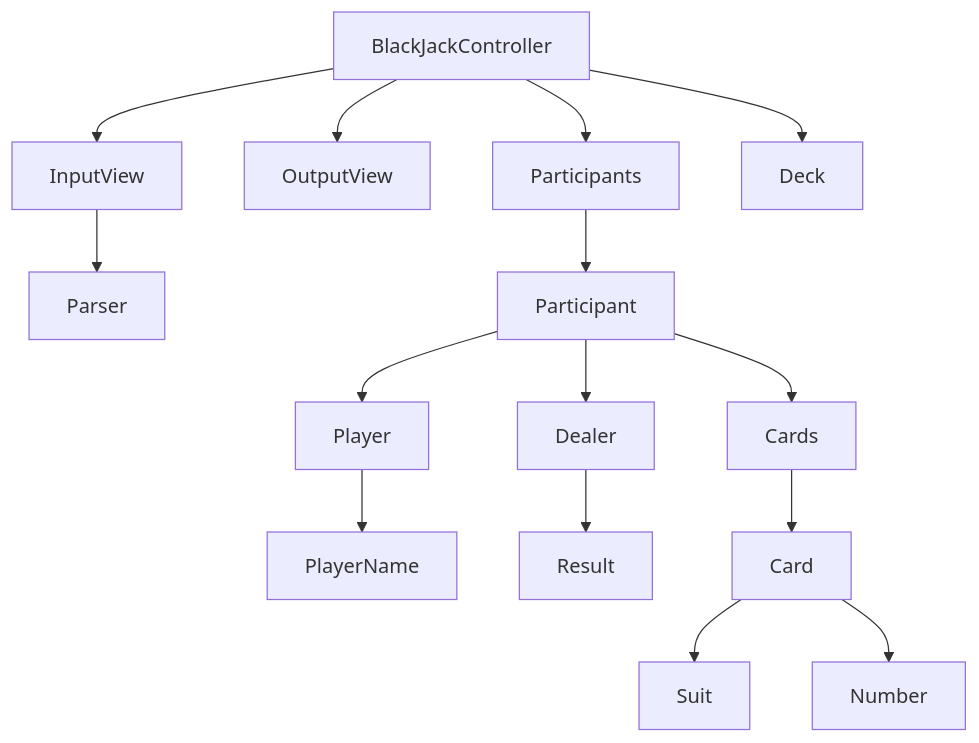
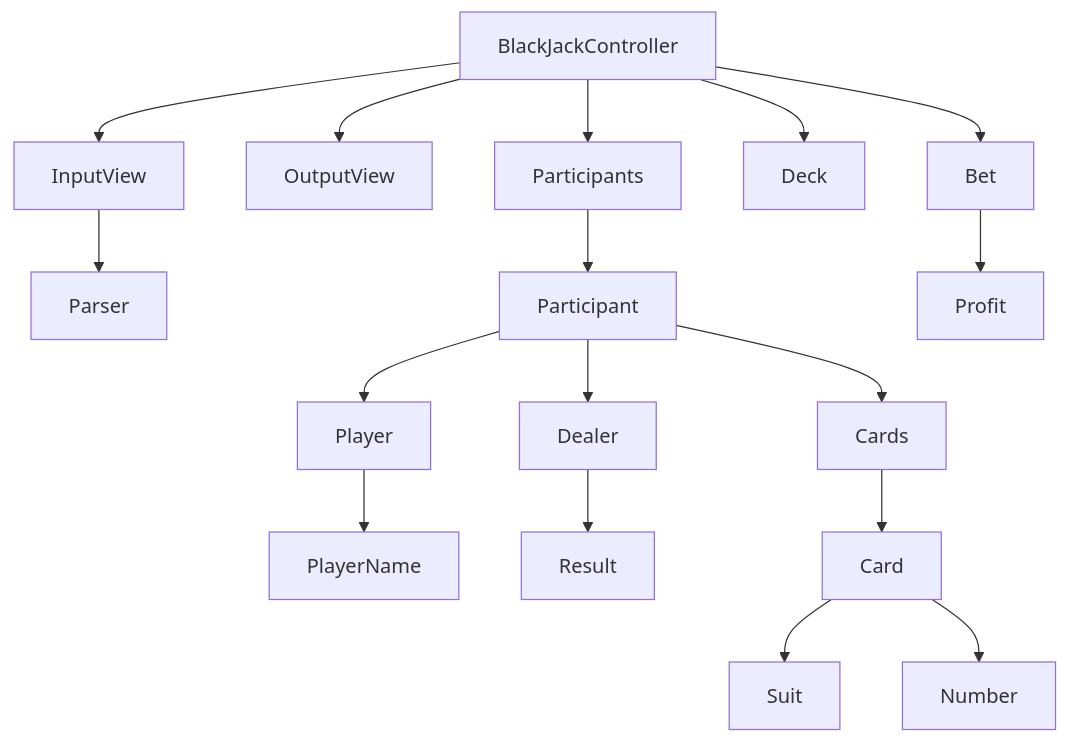
The diagram in README.md (woowacourse/java-blackjack), drawn with Mermaid before and after one commit. The commit also changed other lines of this file, not shown here.

````diff
--- a/README.md
+++ b/README.md
@@ -37,17 +41,19 @@
 ```mermaid
 graph TD
     BlackJackController --> InputView
     BlackJackController --> OutputView
     BlackJackController --> Participants
     BlackJackController --> Deck
+    BlackJackController --> Bet
     InputView --> Parser
     Participants --> Participant
+    Bet --> Profit
     Participant --> Player
     Participant --> Dealer
     Participant --> Cards
     Player --> PlayerName
     Dealer --> Result
     Cards --> Card
     Card --> Suit
     Card --> Number
 ```
````
